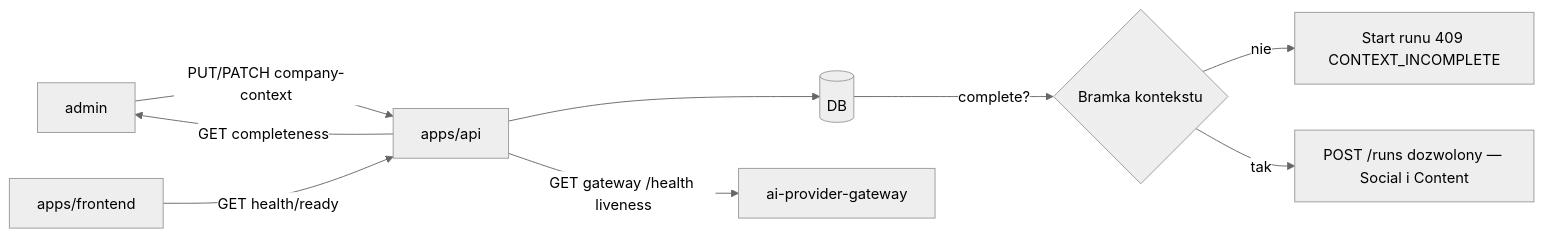
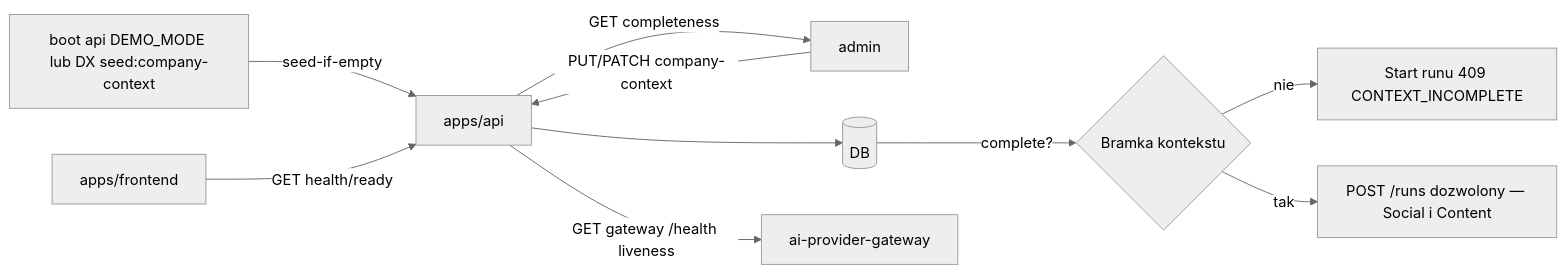
The second of 7 diagrams in docs/data_flow.md (matej2314/content-chain), drawn with Mermaid (neutral theme) before and after one commit. The commit also changed other lines of this file and 24 other files, not shown here.

````diff
--- a/docs/data_flow.md
+++ b/docs/data_flow.md
@@ -72,11 +74,12 @@
 ```mermaid
 flowchart LR
-  Admin[admin] -->|PUT/PATCH company-context| API[apps/api]
+  Boot[boot api DEMO_MODE lub DX seed:company-context] -->|seed-if-empty| API[apps/api]
+  Admin[admin] -->|PUT/PATCH company-context| API
   API --> DB[(DB)]
   API -->|GET completeness| Admin
   FE[apps/frontend] -->|GET health/ready| API
   API -->|GET gateway /health liveness| GW[ai-provider-gateway]
   DB -->|complete?| Gate{Bramka kontekstu}
   Gate -->|nie| Block[Start runu 409 CONTEXT_INCOMPLETE]
   Gate -->|tak| Allow[POST /runs dozwolony — Social i Content]
 ```
````
